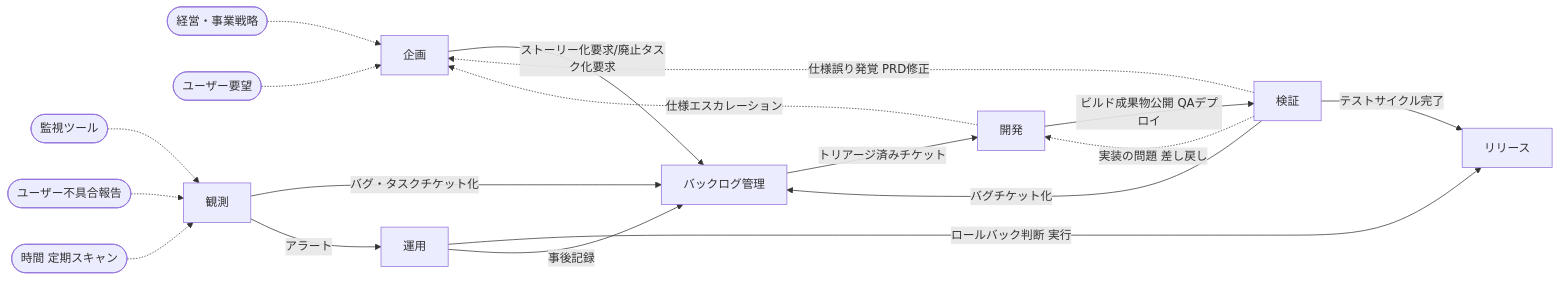
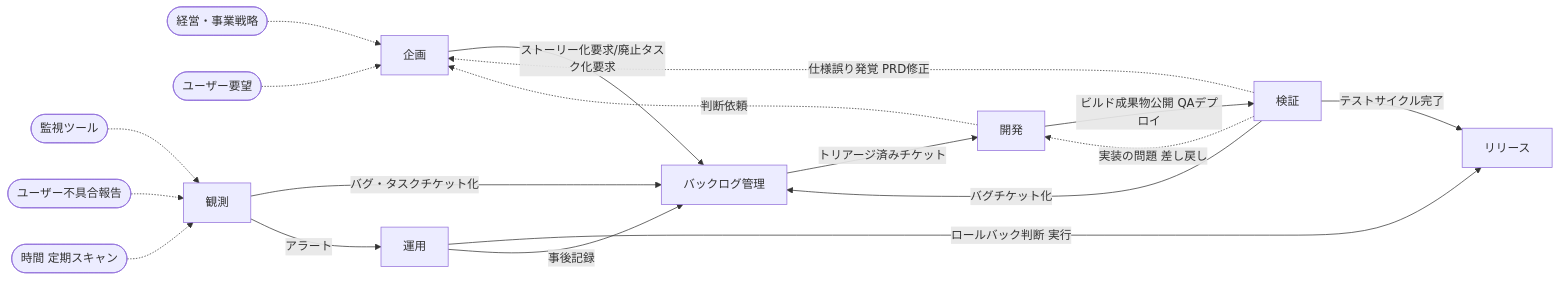
The second of 2 diagrams in docs/big-picture.md (kuchita-el/claude-shared-skills), drawn with Mermaid before and after one commit. The commit also changed other lines of this file, not shown here.

````diff
--- a/docs/big-picture.md
+++ b/docs/big-picture.md
@@ -226,21 +226,21 @@
 ```mermaid
 graph LR
     外部1([経営・事業戦略]) -.-> 企画
     外部2([ユーザー要望]) -.-> 企画
     外部3([監視ツール]) -.-> 観測
     外部4([ユーザー不具合報告]) -.-> 観測
     外部5([時間 定期スキャン]) -.-> 観測
 
     企画 -->|ストーリー化要求/廃止タスク化要求| BL[バックログ管理]
     観測 -->|バグ・タスクチケット化| BL
     観測 -->|アラート| 運用
     検証 -->|バグチケット化| BL
     検証 -.->|仕様誤り発覚 PRD修正| 企画
     検証 -.->|実装の問題 差し戻し| 開発
     運用 -->|ロールバック判断 実行| リリース
     運用 -->|事後記録| BL
     BL -->|トリアージ済みチケット| 開発
     開発 -->|ビルド成果物公開 QAデプロイ| 検証
     検証 -->|テストサイクル完了| リリース
-    開発 -.->|仕様エスカレーション| 企画
+    開発 -.->|判断依頼| 企画
 ```
````
